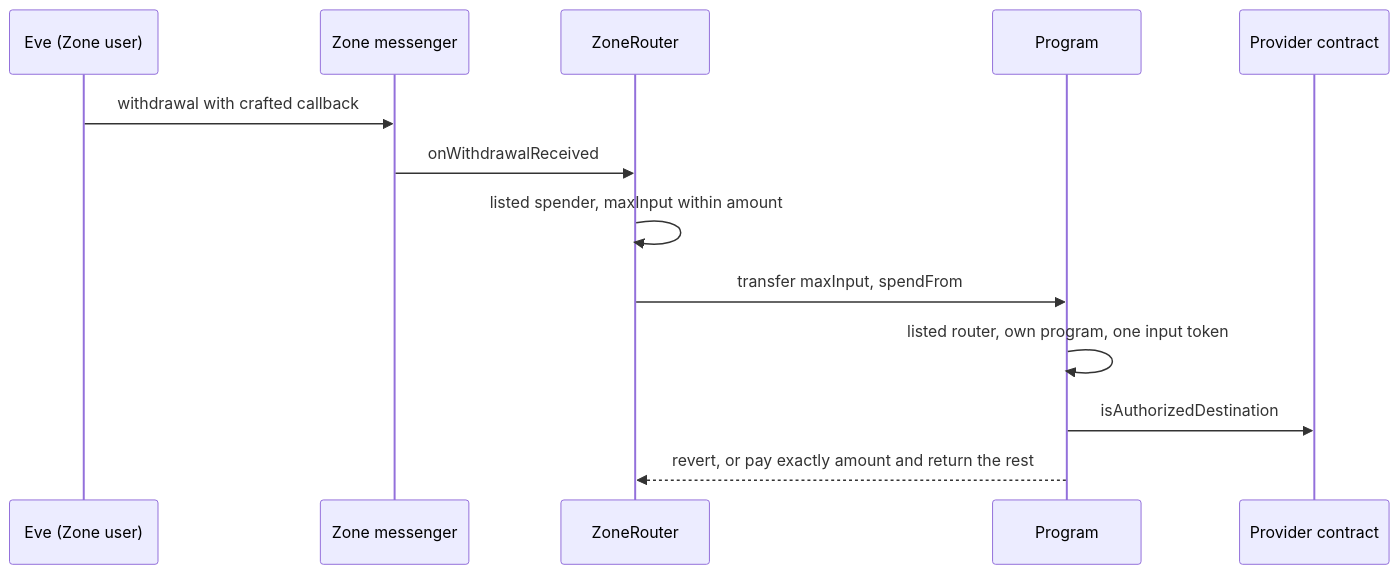
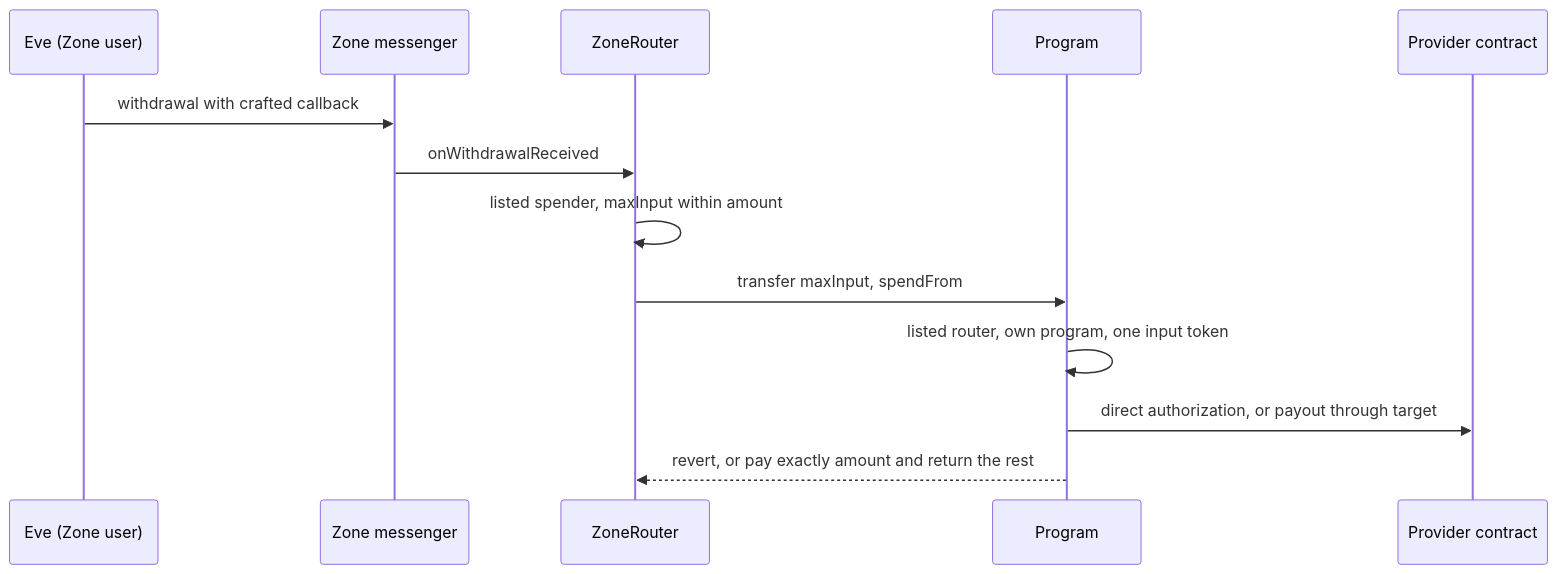
Before and after one commit to tempoxyz/contracts: the third of 3 diagrams in docs/threat-models/card-spend.md, drawn with Mermaid. The commit also changed other lines of this file, not shown here.

````diff
--- a/docs/threat-models/card-spend.md
+++ b/docs/threat-models/card-spend.md
@@ -333,15 +342,15 @@
 ```mermaid
 sequenceDiagram
   participant Eve as Eve (Zone user)
   participant M as Zone messenger
   participant R as ZoneRouter
   participant C as Program
   participant P as Provider contract
   Eve->>M: withdrawal with crafted callback
   M->>R: onWithdrawalReceived
   R->>R: listed spender, maxInput within amount
   R->>C: transfer maxInput, spendFrom
   C->>C: listed router, own program, one input token
-  C->>P: isAuthorizedDestination
+  C->>P: direct authorization, or payout through target
   C-->>R: revert, or pay exactly amount and return the rest
 ```
````
